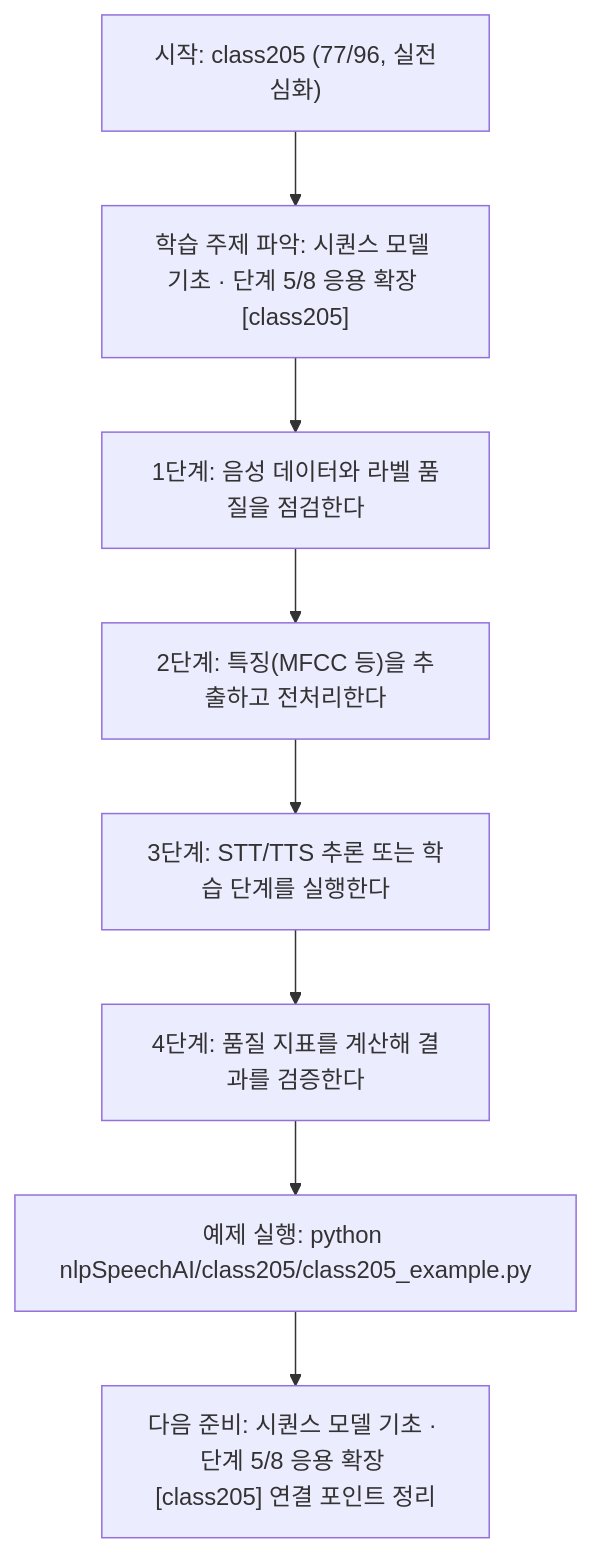
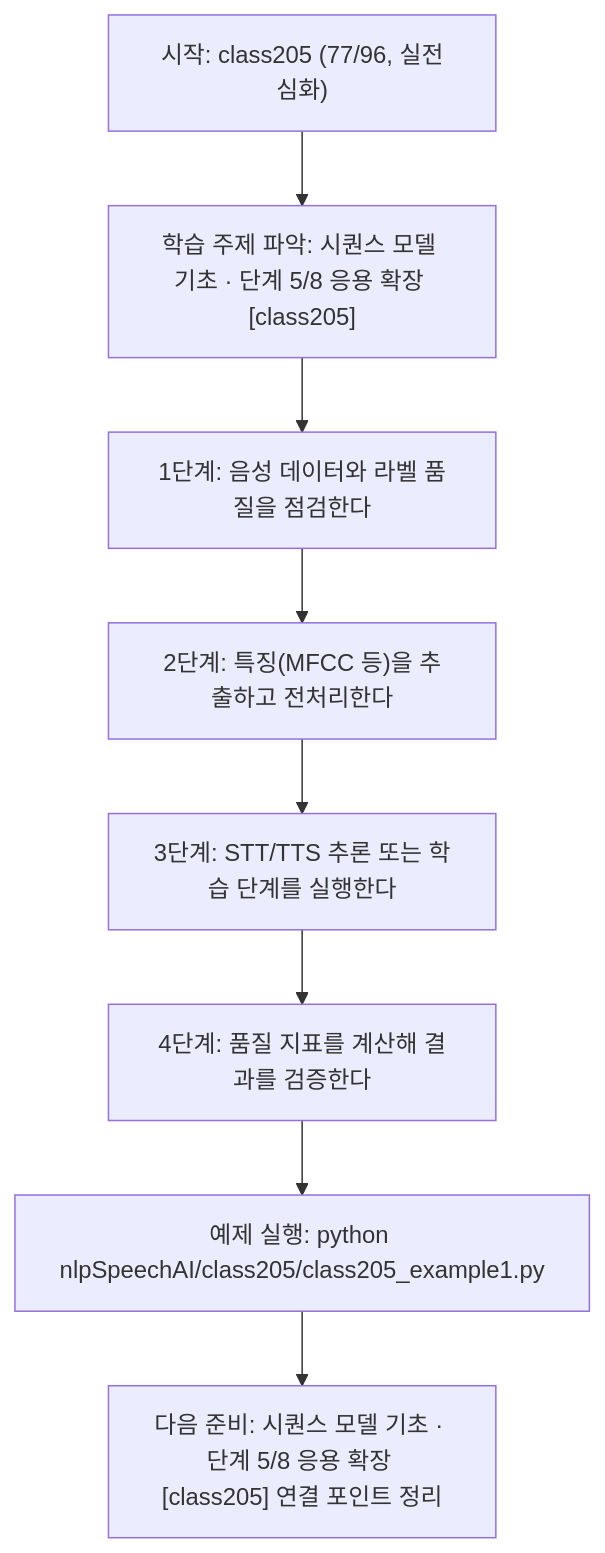
The diagram in nlpSpeechAI/class205/class205.md (edumgt/Python-AI_Agent-Class), drawn with Mermaid before and after one commit. The commit also changed other lines of this file and 2959 other files, not shown here.

````diff
--- a/nlpSpeechAI/class205/class205.md
+++ b/nlpSpeechAI/class205/class205.md
@@ -114,18 +114,18 @@
 ```mermaid
 flowchart TD
 N1["시작: class205 (77/96, 실전심화)"]
 N2["학습 주제 파악: 시퀀스 모델 기초 · 단계 5/8 응용 확장 [class205]"]
 N3["1단계: 음성 데이터와 라벨 품질을 점검한다"]
 N4["2단계: 특징(MFCC 등)을 추출하고 전처리한다"]
 N5["3단계: STT/TTS 추론 또는 학습 단계를 실행한다"]
 N6["4단계: 품질 지표를 계산해 결과를 검증한다"]
-N7["예제 실행: python nlpSpeechAI/class205/class205_example.py"]
+N7["예제 실행: python nlpSpeechAI/class205/class205_example1.py"]
 N8["다음 준비: 시퀀스 모델 기초 · 단계 5/8 응용 확장 [class205] 연결 포인트 정리"]
 N1 --> N2
 N2 --> N3
 N3 --> N4
 N4 --> N5
 N5 --> N6
 N6 --> N7
 N7 --> N8
 ```
````
